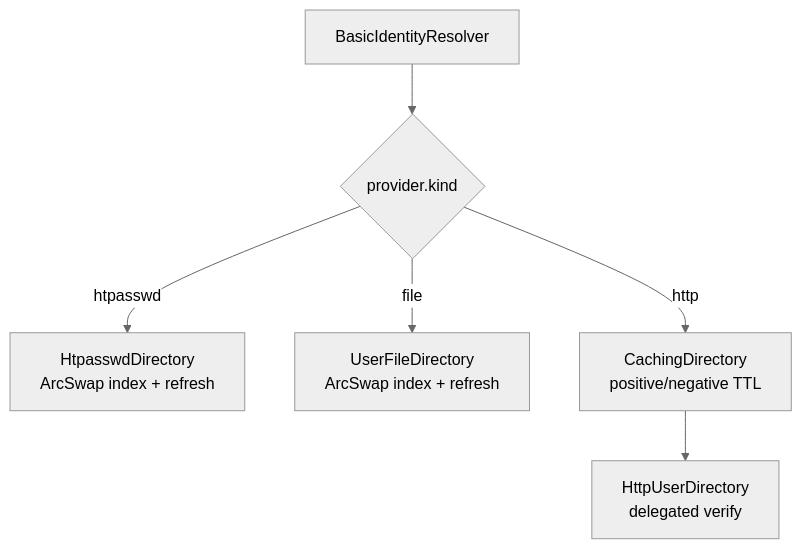
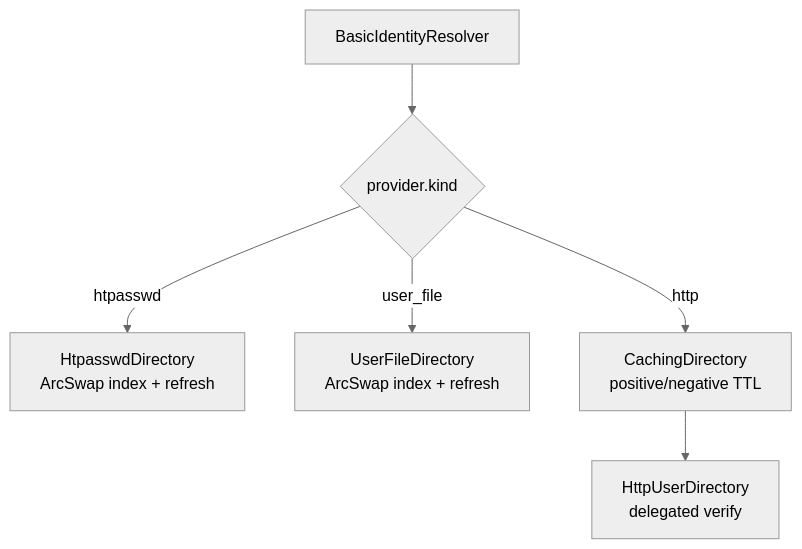
Before and after one commit to praxis-proxy/policy: the second of 2 diagrams in docs/plans/2026-10-27-001-feat-basic-auth-identity-plan.md, drawn with Mermaid (neutral theme). The commit also changed other lines of this file and 11 other files, not shown here.

````diff
--- a/docs/plans/2026-10-27-001-feat-basic-auth-identity-plan.md
+++ b/docs/plans/2026-10-27-001-feat-basic-auth-identity-plan.md
@@ -452,8 +458,8 @@
 ```mermaid
 flowchart TB
   R[BasicIdentityResolver] --> S{provider.kind}
   S -->|htpasswd| T[HtpasswdDirectory<br/>ArcSwap index + refresh]
-  S -->|file| U[UserFileDirectory<br/>ArcSwap index + refresh]
+  S -->|user_file| U[UserFileDirectory<br/>ArcSwap index + refresh]
   S -->|http| V[CachingDirectory<br/>positive/negative TTL]
   V --> W[HttpUserDirectory<br/>delegated verify]
 ```
````
